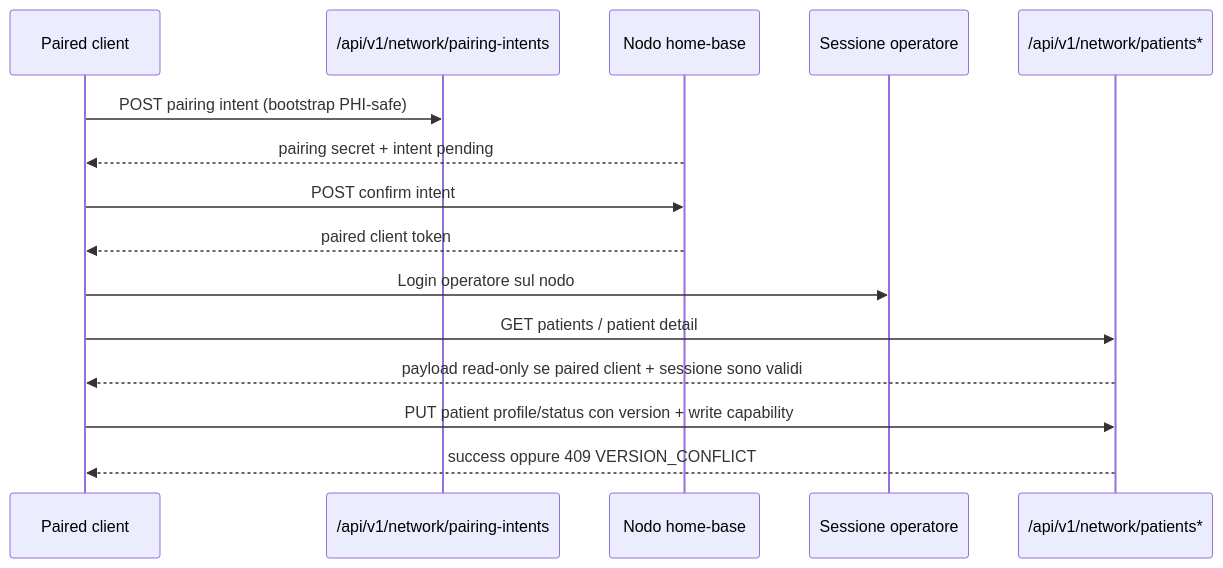
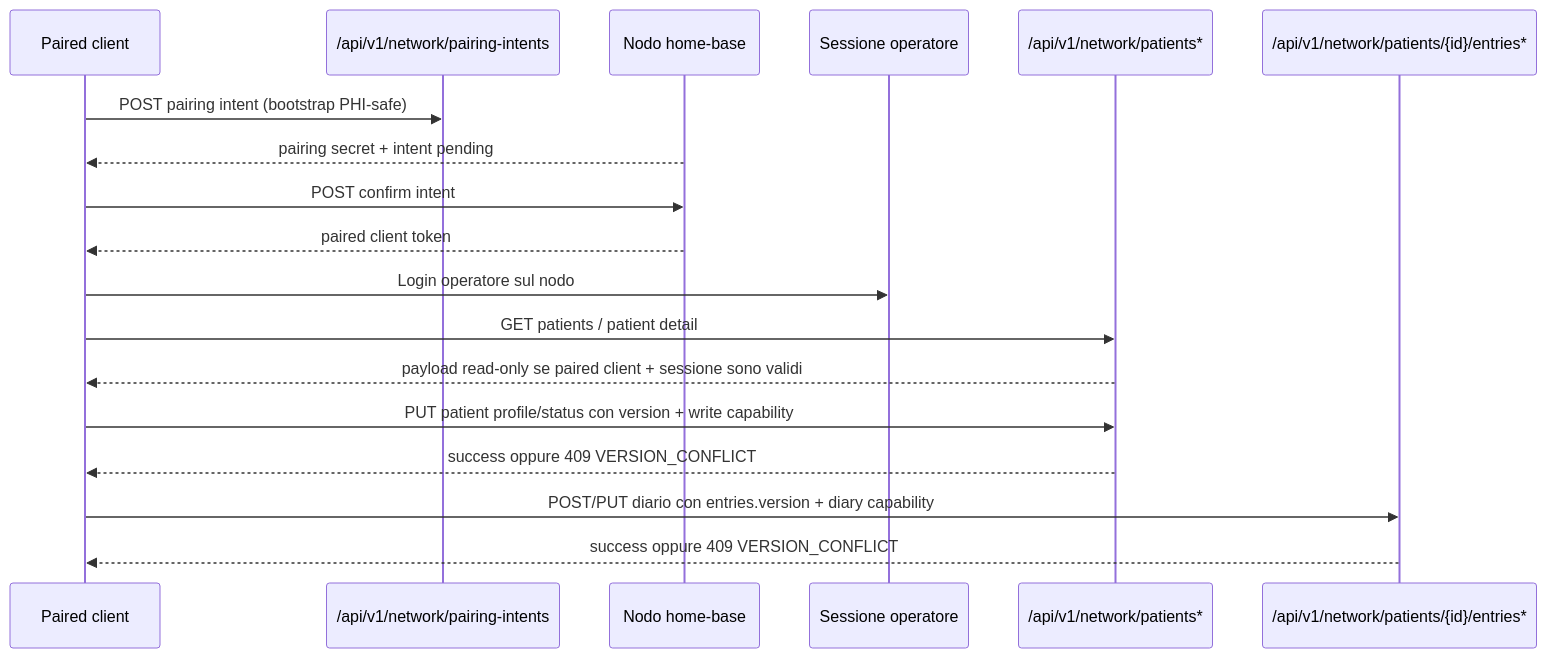
One commit to Wulfgardr/mediflow changed the tenth of 10 diagrams in docs/topologia-dati-flussi.md. Above: the diagram before and after it, drawn with Mermaid. The commit also changed other lines of this file and 41 other files, not shown here.

First line of the commit message:
feat(network): add paired diary write boundary

````diff
--- a/docs/topologia-dati-flussi.md
+++ b/docs/topologia-dati-flussi.md
@@ -339,17 +339,20 @@
 ```mermaid
 sequenceDiagram
     participant Client as Paired client
     participant Pair as /api/v1/network/pairing-intents
     participant Node as Nodo home-base
     participant Session as Sessione operatore
     participant Data as /api/v1/network/patients*
+    participant Diary as /api/v1/network/patients/{id}/entries*
     Client->>Pair: POST pairing intent (bootstrap PHI-safe)
     Node-->>Client: pairing secret + intent pending
     Client->>Node: POST confirm intent
     Node-->>Client: paired client token
     Client->>Session: Login operatore sul nodo
     Client->>Data: GET patients / patient detail
     Data-->>Client: payload read-only se paired client + sessione sono validi
     Client->>Data: PUT patient profile/status con version + write capability
     Data-->>Client: success oppure 409 VERSION_CONFLICT
+    Client->>Diary: POST/PUT diario con entries.version + diary capability
+    Diary-->>Client: success oppure 409 VERSION_CONFLICT
 ```
````
